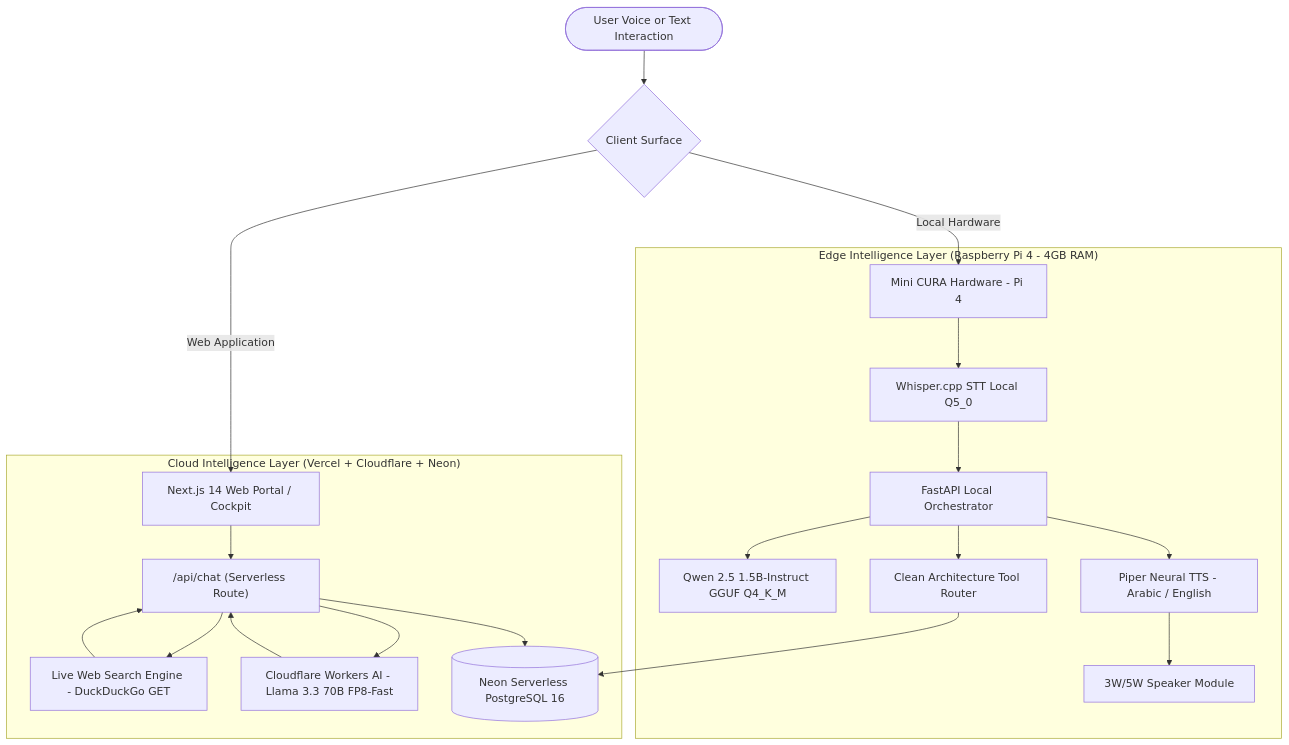
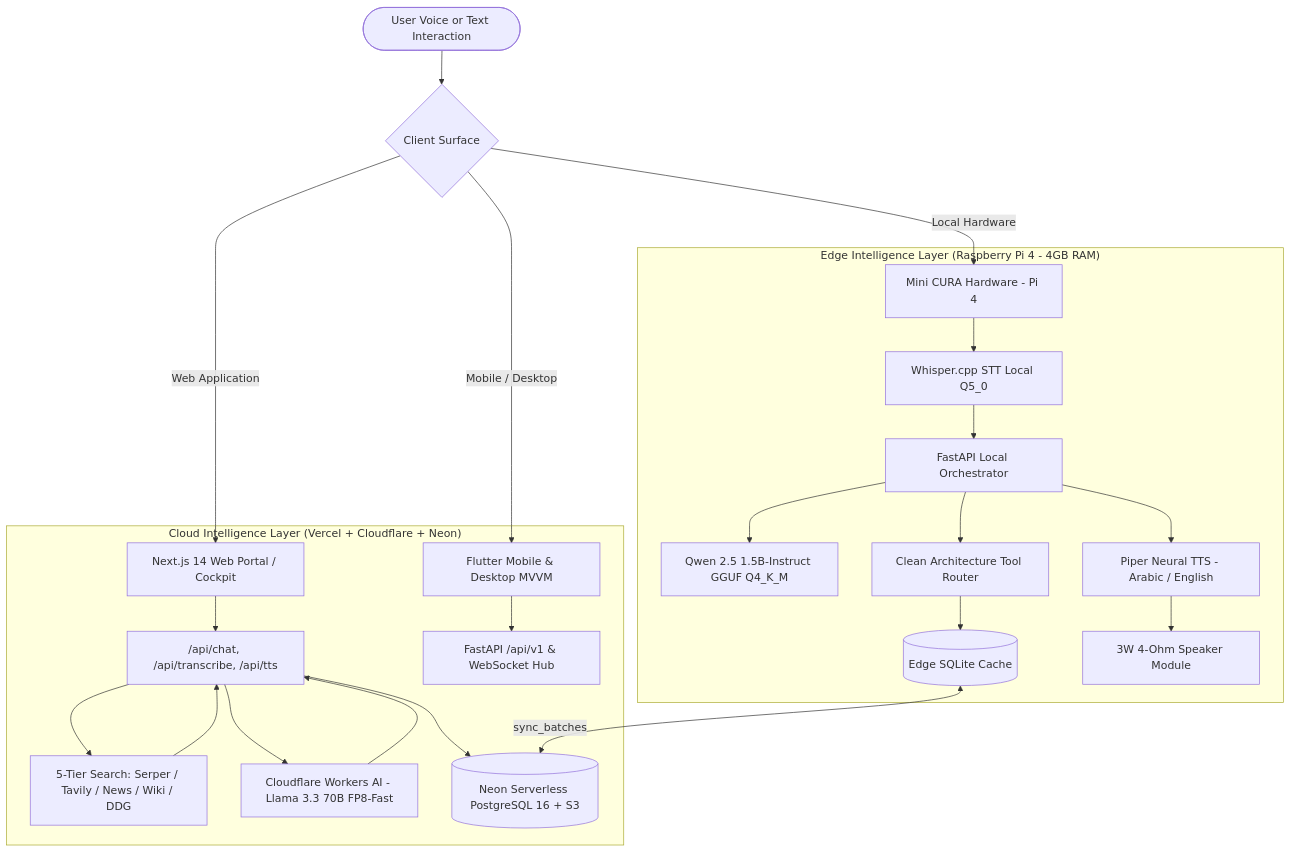
Before and after one commit to killerfrost2004u/Cura: the diagram in README.md, drawn with Mermaid. The commit also changed other lines of this file and 11 other files, not shown here.

Commit message:
docs: add CURA flowcharts, architecture diagrams, 16:9 research brief PDF, and updated README

````diff
--- a/README.md
+++ b/README.md
@@ -67,27 +116,30 @@
 ```mermaid
 graph TD
     User([User Voice or Text Interaction]) --> Gateway{Client Surface}
-    
+
     Gateway -->|Web Application| NextApp[Next.js 14 Web Portal / Cockpit]
+    Gateway -->|Mobile / Desktop| ClientApps[Flutter Mobile &amp; Desktop MVVM]
     Gateway -->|Local Hardware| PiDevice[Mini CURA Hardware - Pi 4]
-    
+
     subgraph "Cloud Intelligence Layer (Vercel + Cloudflare + Neon)"
-        NextApp --> ChatAPI["/api/chat (Serverless Route)"]
-        ChatAPI --> LiveSearch[Live Web Search Engine - DuckDuckGo GET]
+        NextApp --> ChatAPI["/api/chat, /api/transcribe, /api/tts"]
+        ClientApps --> FastAPICloud["FastAPI /api/v1 &amp; WebSocket Hub"]
+        ChatAPI --> LiveSearch[5-Tier Search: Serper / Tavily / News / Wiki / DDG]
         ChatAPI --> CloudflareAI[Cloudflare Workers AI - Llama 3.3 70B FP8-Fast]
-        ChatAPI --> NeonDB[(Neon Serverless PostgreSQL 16)]
+        ChatAPI --> NeonDB[(Neon Serverless PostgreSQL 16 + S3)]
     end
-    
+
     subgraph "Edge Intelligence Layer (Raspberry Pi 4 - 4GB RAM)"
         PiDevice --> WhisperCPP[Whisper.cpp STT Local Q5_0]
         WhisperCPP --> FastAPIServer[FastAPI Local Orchestrator]
         FastAPIServer --> LocalQwen[Qwen 2.5 1.5B-Instruct GGUF Q4_K_M]
         FastAPIServer --> ToolRouter[Clean Architecture Tool Router]
-        ToolRouter --> NeonDB
+        ToolRouter --> EdgeSQLite[(Edge SQLite Cache)]
+        EdgeSQLite <-->|sync_batches| NeonDB
         FastAPIServer --> PiperTTS[Piper Neural TTS - Arabic / English]
-        PiperTTS --> Speaker[3W/5W Speaker Module]
+        PiperTTS --> Speaker[3W 4-Ohm Speaker Module]
     end
-    
+
     LiveSearch --> ChatAPI
     CloudflareAI --> ChatAPI
 ```
````
